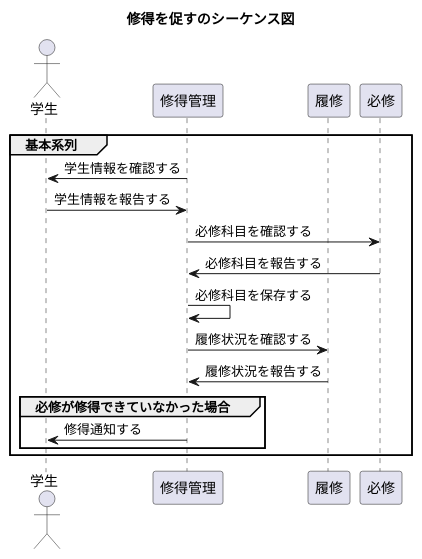
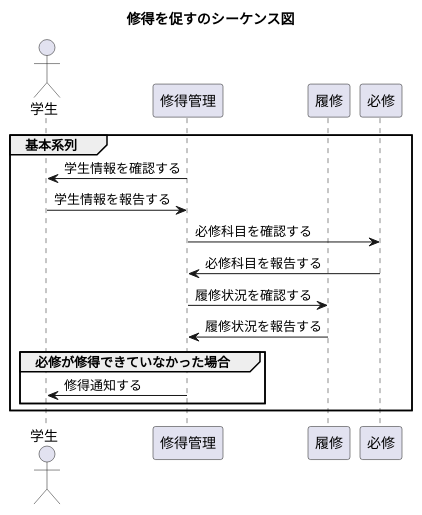
Before and after one commit to tanusai646/software-desine: the diagram in uml/15/sequence5.puml, drawn with PlantUML. The commit also changed 6 other files, not shown here.

Commit message:
シーケンス図の修正

```diff
--- a/uml/15/sequence5.puml
+++ b/uml/15/sequence5.puml
@@ -1,22 +1,21 @@
-@startuml 修得を促すのシーケンス図
+@startuml 6-5
 title 修得を促すのシーケンス図
 'クラス等
 actor 学生 as foo1
 participant 修得管理 as foo2
 participant 履修 as foo3
 participant 必修 as foo4
 
 group 基本系列
     foo2 -> foo1 : 学生情報を確認する
     foo1 -> foo2 : 学生情報を報告する
     foo2 -> foo4 : 必修科目を確認する
     foo4 -> foo2 : 必修科目を報告する
-    foo2 -> foo2 : 必修科目を保存する
     foo2 -> foo3 : 履修状況を確認する
     foo3 -> foo2 : 履修状況を報告する
     group 必修が修得できていなかった場合
         foo2 -> foo1 : 修得通知する
     end
 end
 
 @enduml
```
